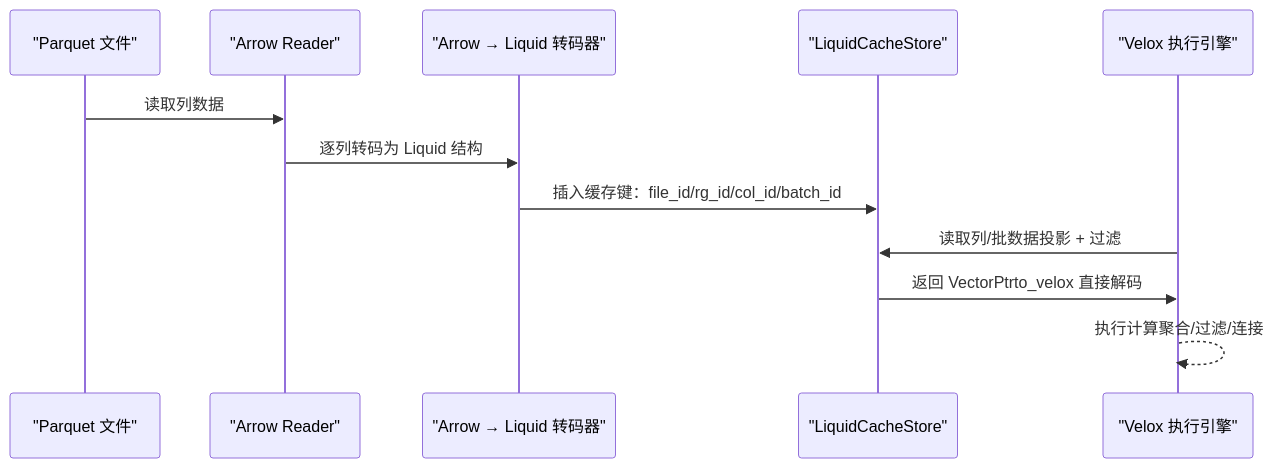
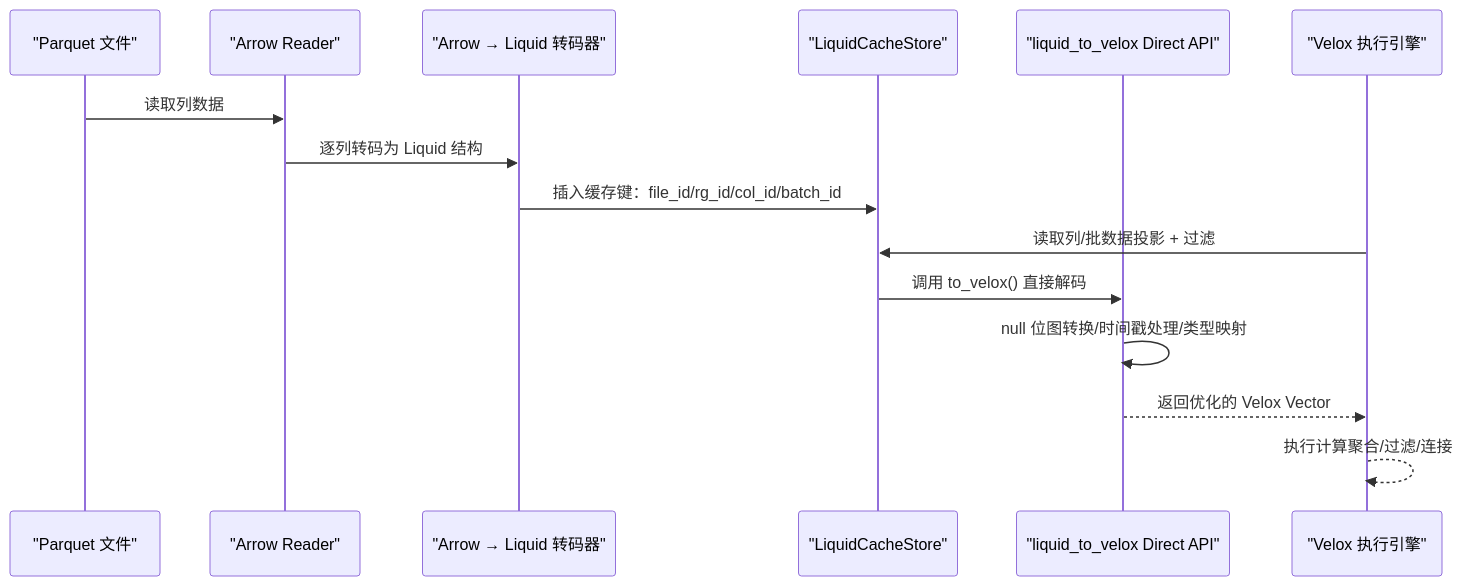
One commit to tenglei/liquidCacheVelox changed the second of 9 diagrams in .qoder/repowiki/zh/content/引擎集成/Velox 集成.md. Above: the diagram before and after it, drawn with Mermaid. The commit also changed other lines of this file and 8 other files, not shown here.

````diff
--- a/.qoder/repowiki/zh/content/引擎集成/Velox 集成.md
+++ b/.qoder/repowiki/zh/content/引擎集成/Velox 集成.md
@@ -107,14 +123,17 @@
 ```mermaid
 sequenceDiagram
 participant Parquet as "Parquet 文件"
 participant Arrow as "Arrow Reader"
 participant Transcoder as "Arrow → Liquid 转码器"
 participant Store as "LiquidCacheStore"
+participant DirectAPI as "liquid_to_velox Direct API"
 participant Velox as "Velox 执行引擎"
 Parquet->>Arrow : 读取列数据
 Arrow->>Transcoder : 逐列转码为 Liquid 结构
 Transcoder->>Store : 插入缓存键：file_id/rg_id/col_id/batch_id
 Velox->>Store : 读取列/批数据投影 + 过滤
-Store->>Velox : 返回 VectorPtrto_velox 直接解码
+Store->>DirectAPI : 调用 to_velox() 直接解码
+DirectAPI->>DirectAPI : null 位图转换/时间戳处理/类型映射
+DirectAPI-->>Velox : 返回优化的 Velox Vector
 Velox-->>Velox : 执行计算聚合/过滤/连接
 ```
````
